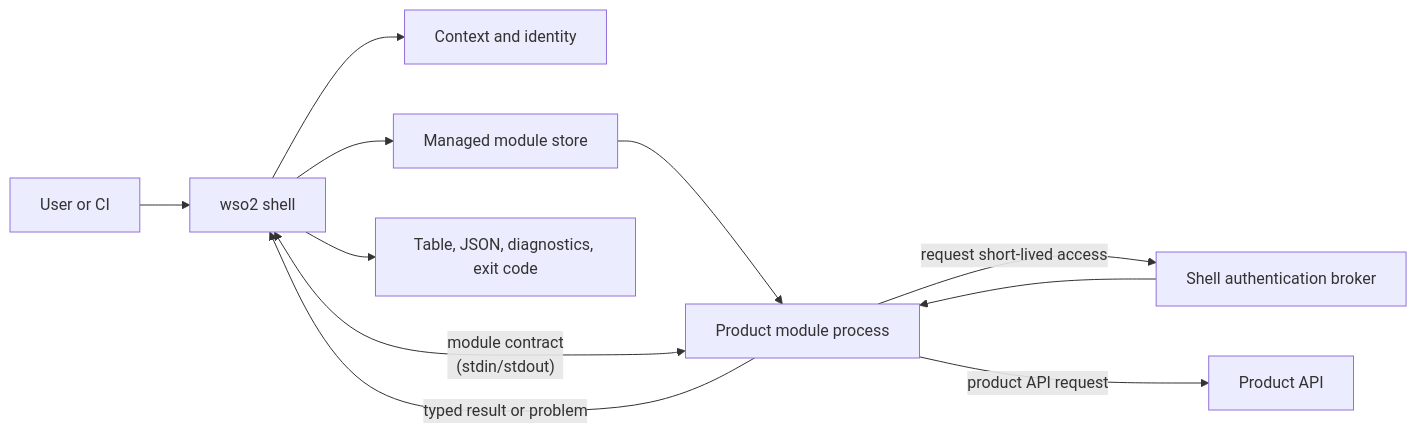
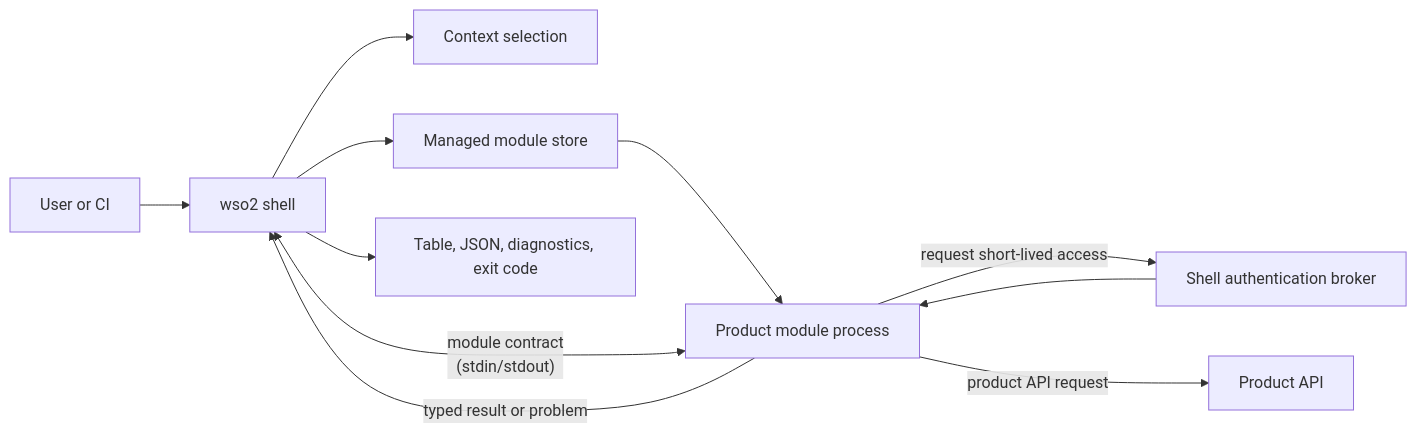
The first of 3 diagrams in docs/guides/building-product-modules.md (kanushka/wso2-cli), drawn with Mermaid before and after one commit. The commit also changed other lines of this file and 70 other files, not shown here.

````diff
--- a/docs/guides/building-product-modules.md
+++ b/docs/guides/building-product-modules.md
@@ -40,13 +34,13 @@
 ```mermaid
 flowchart LR
     U["User or CI"] --> S["wso2 shell"]
-    S --> C["Context and identity"]
+    S --> C["Context selection"]
     S --> M["Managed module store"]
     M --> P["Product module process"]
     P <-->|"module contract<br/>(stdin/stdout)"| S
     P -->|"request short-lived access"| B["Shell authentication broker"]
     B --> P
     P -->|"product API request"| A["Product API"]
     P -->|"typed result or problem"| S
     S --> O["Table, JSON, diagnostics, exit code"]
 ```
````
